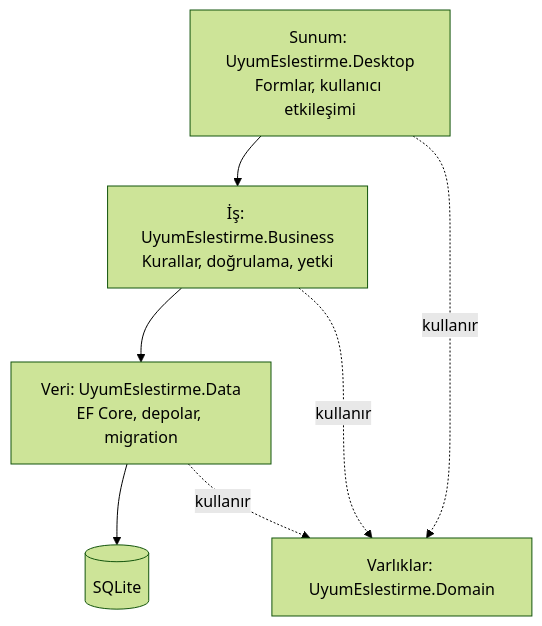
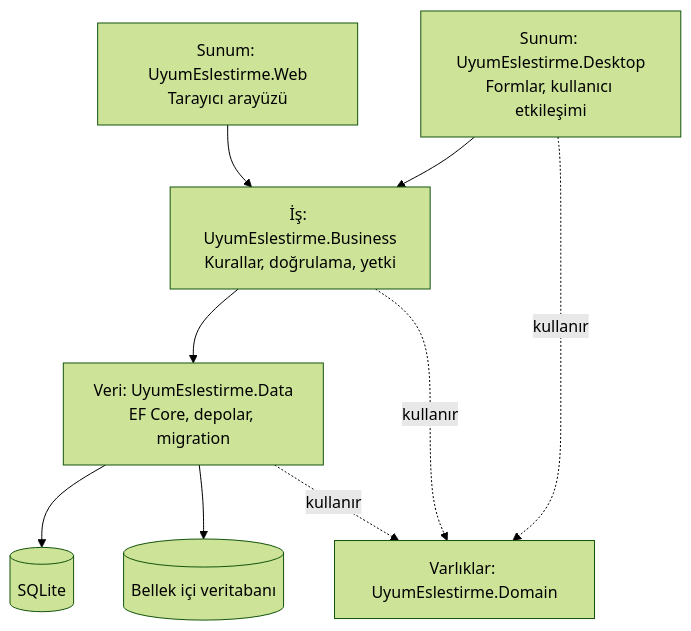
Before and after one commit to yasarmuhammed012-tech/uyumeslestirme: the diagram in docs/mimari.md, drawn with Mermaid (forest theme). The commit also changed other lines of this file and 13 other files, not shown here.

````diff
--- a/docs/mimari.md
+++ b/docs/mimari.md
@@ -5,14 +5,18 @@
 ```mermaid
 flowchart TD
     D["Sunum: UyumEslestirme.Desktop<br/>Formlar, kullanıcı etkileşimi"]
+    W["Sunum: UyumEslestirme.Web<br/>Tarayıcı arayüzü"]
     B["İş: UyumEslestirme.Business<br/>Kurallar, doğrulama, yetki"]
     R["Veri: UyumEslestirme.Data<br/>EF Core, depolar, migration"]
     M["Varlıklar: UyumEslestirme.Domain"]
     S[("SQLite")]
+    I[("Bellek içi veritabanı")]
     D --> B
+    W --> B
     B --> R
     R --> S
+    R --> I
     D -. kullanır .-> M
     B -. kullanır .-> M
     R -. kullanır .-> M
 ```
````
